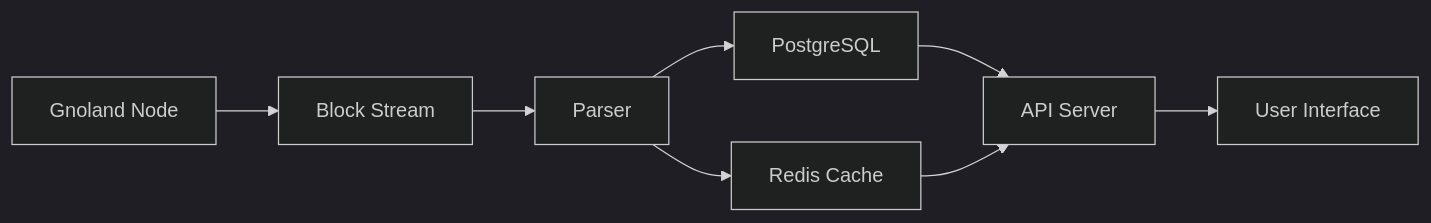
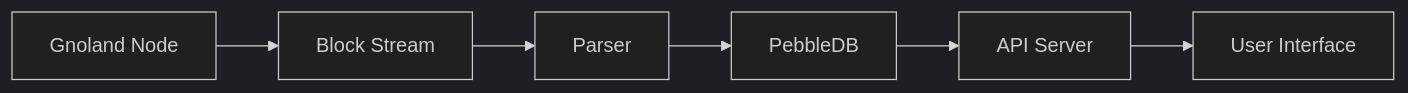
The second of 2 diagrams in gno-tutorials/short-tutorials/9-tx-indexer/slides.md (samouraiworld/peerdev), drawn with Mermaid (dark theme) before and after one commit. The commit also changed other lines of this file and 1 other file, not shown here.

````diff
--- a/gno-tutorials/short-tutorials/9-tx-indexer/slides.md
+++ b/gno-tutorials/short-tutorials/9-tx-indexer/slides.md
@@ -90,10 +80,8 @@
 ```mermaid
 graph LR
     A[Gnoland Node] --> B[Block Stream]
     B --> C[Parser]
-    C --> D[PostgreSQL]
-    C --> E[Redis Cache]
+    C --> D[PebbleDB]
     D --> F[API Server]
-    E --> F
     F --> G[User Interface]
 ```
````
